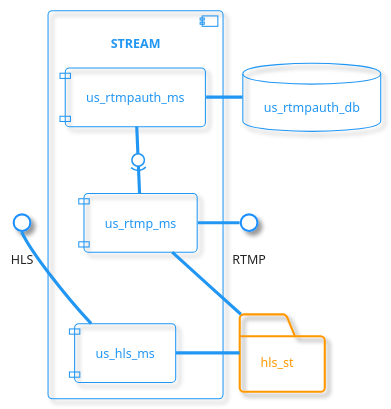
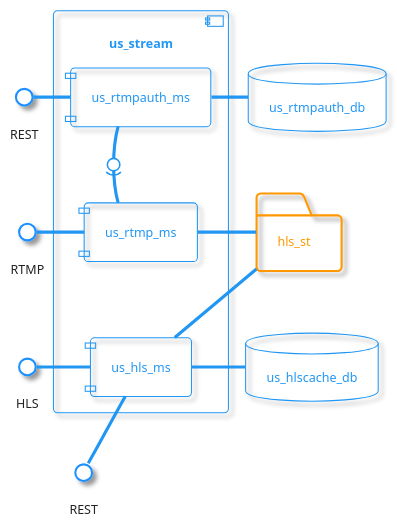
The diagram in plantuml/us_stream_ms.puml (z4yross/unstream_docs), drawn with PlantUML before and after one commit. The commit also changed 15 other files, not shown here.

```diff
--- a/plantuml/us_stream_ms.puml
+++ b/plantuml/us_stream_ms.puml
@@ -1,40 +1,61 @@
 @startuml
 !theme materia-outline
 skinparam componentStyle uml1
 skinparam linetype polyline
 
 skinparam interfaceBackgroundColor #white
 skinparam interfaceBorderColor #DodgerBlue
 skinparam interfaceBorderThickness 2
 
 skinparam arrowLollipopColor #White
 
 interface HLS
 interface RTMP
+interface REST as auth
+interface REST as hls_rest
 
 database us_rtmpauth_db as rtmpauth_db
+database us_hlscache_db as us_hlscache_db
 folder hls_st as hls_st
 
-component STREAM {
+component us_stream {
 
+    [us_rtmp_ms] as rtmp_ms
     [us_hls_ms] as hls_ms
-    [us_rtmp_ms] as rtmp_ms
-
-    rtmp_ms - hls_st
+    
+    rtmp_ms -l- hls_st
     hls_ms - hls_st
+    hls_ms -l- us_hlscache_db
 
     [us_rtmpauth_ms] as rtmpauth_ms
     
-    rtmpauth_ms - rtmpauth_db
+    rtmpauth_ms -r- rtmpauth_db
     rtmpauth_ms -0)- rtmp_ms
 
-    rtmp_ms -[hidden]- hls_ms
+    
+    rtmp_ms -[hidden]d- hls_ms
+
+    us_hlscache_db -[hidden]u- hls_st
+    rtmpauth_db -[hidden]d- hls_st
 }
 
-HLS - hls_ms
-RTMP - rtmp_ms
+hls_ms -l- HLS
+hls_ms -l- hls_rest
+rtmp_ms -l- RTMP
+rtmpauth_ms -l- auth
 
+rtmp_ms -[hidden]d- hls_ms
+rtmpauth_ms -[hidden]d- rtmp_ms
+hls_rest -[hidden]u- hls_ms
 
-HLS -[hidden]- hls_ms
+HLS -[hidden]d- hls_rest
+auth -[hidden]d- RTMP
+RTMP -[hidden]d- HLS
+rtmp_ms -[hidden]d- hls_ms
+rtmpauth_ms -[hidden]d- rtmp_ms
+hls_rest -[hidden]u- hls_ms
 
+HLS -[hidden]d- hls_rest
+auth -[hidden]d- RTMP
+RTMP -[hidden]d- HLS
 @enduml
```
